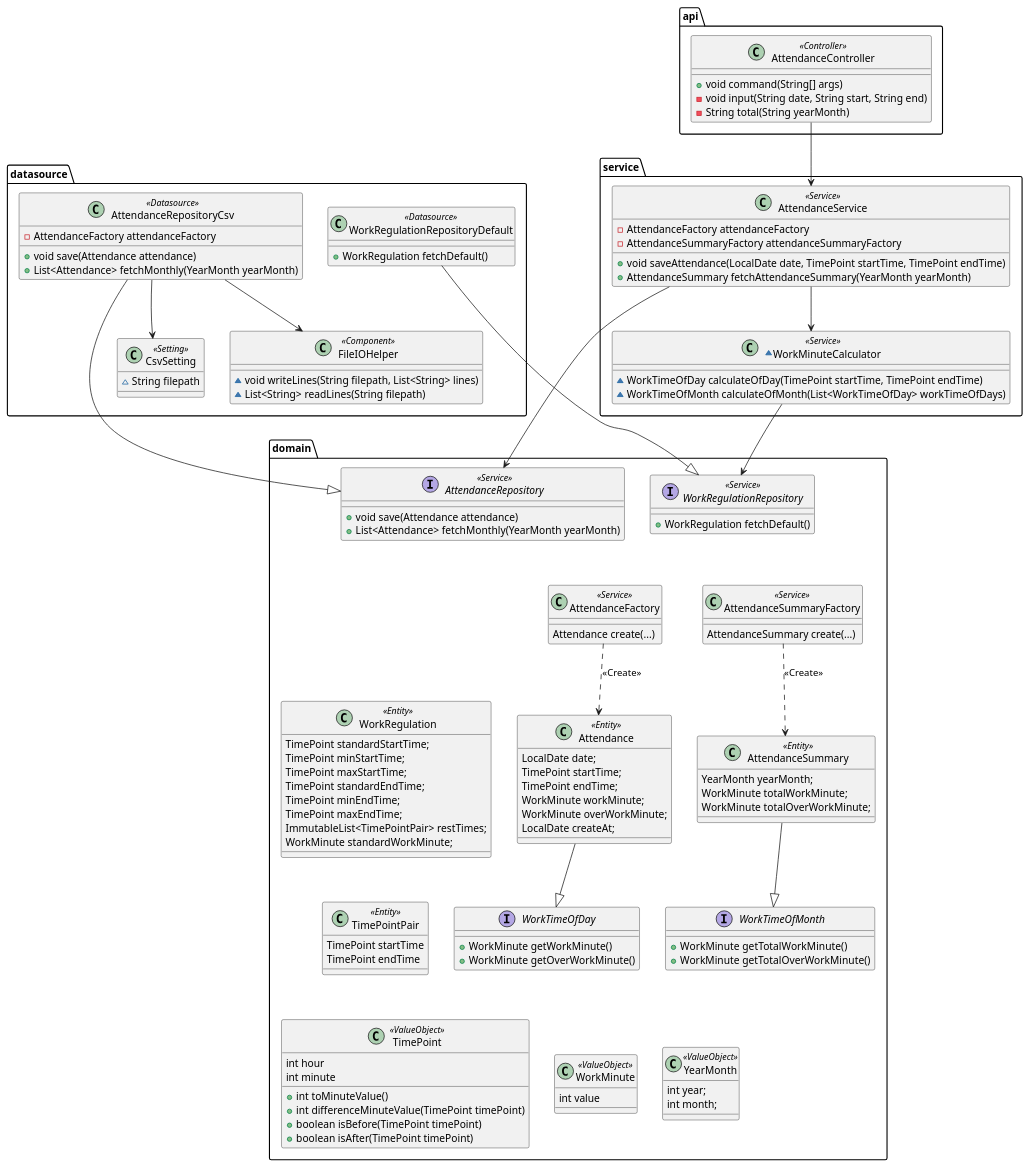
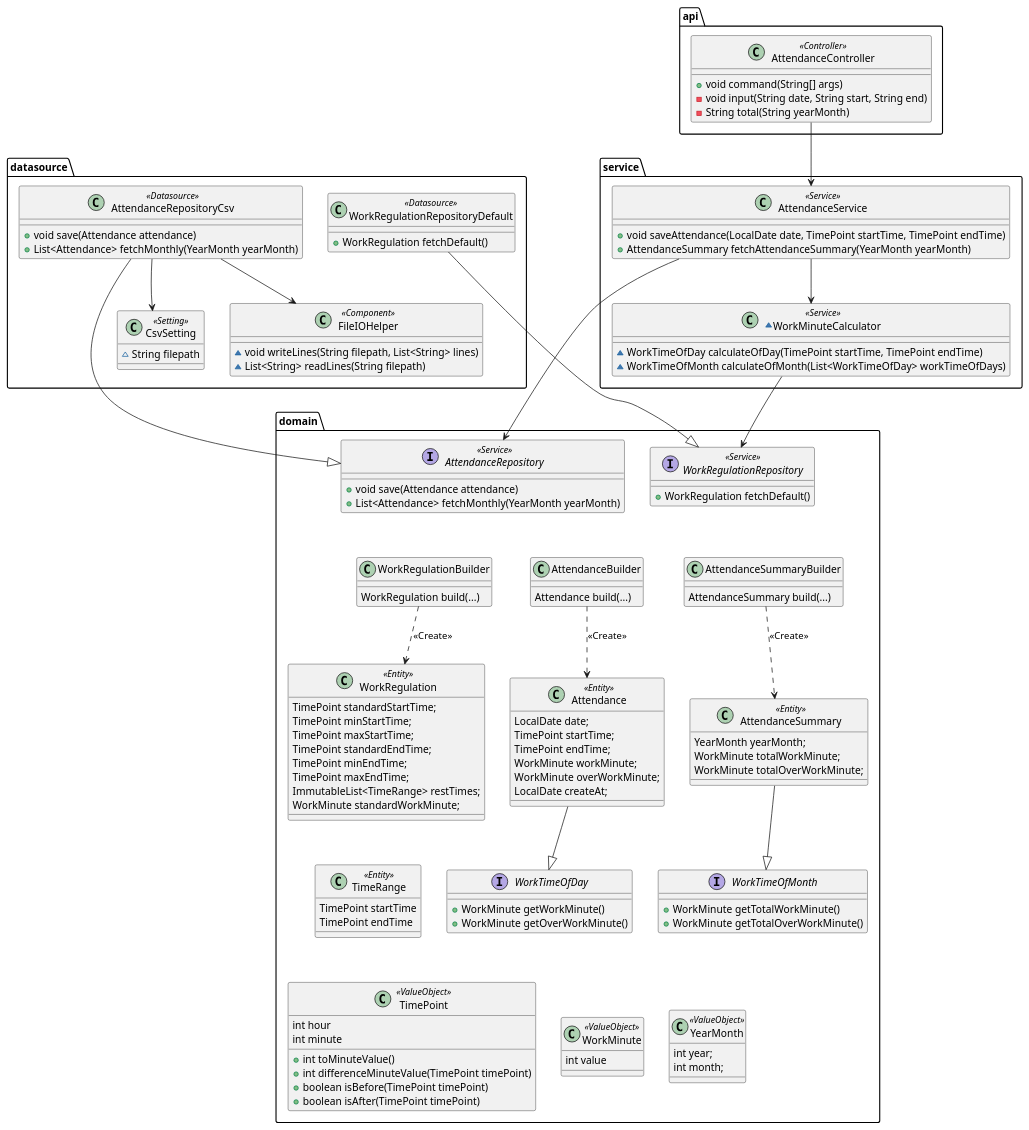
Before and after one commit to biglobe-isp/kintai: the diagram in etc/document/design/src/model.puml, drawn with PlantUML. The commit also changed 9 other files, not shown here.

Commit message:
Replace factory to builder (lombok)

```diff
--- a/etc/document/design/src/model.puml
+++ b/etc/document/design/src/model.puml
@@ -1,174 +1,176 @@
 @startuml
 
 package api {
 
     class  AttendanceController <<Controller>> {
         + void command(String[] args)
         - void input(String date, String start, String end)
         - String total(String yearMonth)
     }
 }
 
 package service {
 
     class  AttendanceService <<Service>> {
-        - AttendanceFactory attendanceFactory
-        - AttendanceSummaryFactory attendanceSummaryFactory
         + void saveAttendance(LocalDate date, TimePoint startTime, TimePoint endTime)
         + AttendanceSummary fetchAttendanceSummary(YearMonth yearMonth)
     }
 
     ~class WorkMinuteCalculator <<Service>> {
         ~ WorkTimeOfDay calculateOfDay(TimePoint startTime, TimePoint endTime)
         ~ WorkTimeOfMonth calculateOfMonth(List<WorkTimeOfDay> workTimeOfDays)
     }
 }
 
 package datasource {
 
     class  AttendanceRepositoryCsv <<Datasource>> {
-        - AttendanceFactory attendanceFactory
         + void save(Attendance attendance)
         + List<Attendance> fetchMonthly(YearMonth yearMonth)
     }
 
     class CsvSetting <<Setting>> {
         ~ String filepath
     }
 
     class FileIOHelper <<Component>> {
         ~ void writeLines(String filepath, List<String> lines)
         ~ List<String> readLines(String filepath)
     }
 
     class WorkRegulationRepositoryDefault <<Datasource>> {
         + WorkRegulation fetchDefault()
     }
 }
 
 package domain {
 
     class Attendance <<Entity>> {
         LocalDate date;
         TimePoint startTime;
         TimePoint endTime;
         WorkMinute workMinute;
         WorkMinute overWorkMinute;
         LocalDate createAt;
     }
 
     interface AttendanceRepository <<Service>> {
         + void save(Attendance attendance)
         + List<Attendance> fetchMonthly(YearMonth yearMonth)
     }
 
     class AttendanceSummary <<Entity>> {
         YearMonth yearMonth;
         WorkMinute totalWorkMinute;
         WorkMinute totalOverWorkMinute;
     }
 
-    class AttendanceFactory <<Service>> {
-        Attendance create(...)
-    }
-
-    class AttendanceSummaryFactory <<Service>> {
-        AttendanceSummary create(...)
-    }
-
     class TimePoint <<ValueObject>> {
         int hour
         int minute
         + int toMinuteValue()
         + int differenceMinuteValue(TimePoint timePoint)
         + boolean isBefore(TimePoint timePoint)
         + boolean isAfter(TimePoint timePoint)
     }
 
-    class TimePointPair <<Entity>> {
+    class TimeRange <<Entity>> {
         TimePoint startTime
         TimePoint endTime
     }
 
     class WorkMinute <<ValueObject>> {
         int value
     }
 
     class WorkRegulation <<Entity>> {
         TimePoint standardStartTime;
         TimePoint minStartTime;
         TimePoint maxStartTime;
         TimePoint standardEndTime;
         TimePoint minEndTime;
         TimePoint maxEndTime;
-        ImmutableList<TimePointPair> restTimes;
+        ImmutableList<TimeRange> restTimes;
         WorkMinute standardWorkMinute;
     }
 
     interface WorkRegulationRepository <<Service>> {
         + WorkRegulation fetchDefault()
     }
 
     interface WorkTimeOfDay {
         + WorkMinute getWorkMinute()
         + WorkMinute getOverWorkMinute()
     }
 
     interface WorkTimeOfMonth {
         + WorkMinute getTotalWorkMinute()
         + WorkMinute getTotalOverWorkMinute()
     }
 
     class YearMonth <<ValueObject>> {
         int year;
         int month;
     }
+
+    ' Auto Generated
+
+    class AttendanceBuilder {
+        Attendance build(...)
+    }
+
+    class AttendanceSummaryBuilder {
+        AttendanceSummary build(...)
+    }
+
+    class WorkRegulationBuilder {
+        WorkRegulation build(...)
+    }
 }
 
 
 ''' api
 AttendanceController --> AttendanceService
 
 
 ''' service
 AttendanceService --> AttendanceRepository
-' AttendanceService --> AttendanceFactory
-' AttendanceService --> AttendanceSummaryFactory
 AttendanceService --> WorkMinuteCalculator
 WorkMinuteCalculator --> WorkRegulationRepository
-AttendanceFactory ..> Attendance : <<Create>>
-AttendanceSummaryFactory ..> AttendanceSummary : <<Create>>
-AttendanceFactory -[hidden]- WorkMinuteCalculator
+AttendanceBuilder -[hidden]- WorkMinuteCalculator
 
 
 ''' datasource
 AttendanceRepositoryCsv --|> AttendanceRepository
-' AttendanceRepositoryCsv --> AttendanceFactory
 AttendanceRepositoryCsv --> CsvSetting
 AttendanceRepositoryCsv --> FileIOHelper
 WorkRegulationRepositoryDefault --|> WorkRegulationRepository
 
 
 ''' domain
 Attendance --|> WorkTimeOfDay
 AttendanceSummary --|> WorkTimeOfMonth
+AttendanceBuilder ..> Attendance : <<Create>>
+AttendanceSummaryBuilder ..> AttendanceSummary : <<Create>>
+WorkRegulationBuilder ..> WorkRegulation : <<Create>>
 
 
 ''' placement order
 WorkRegulationRepositoryDefault -[hidden] AttendanceRepositoryCsv
 AttendanceRepositoryCsv -[hidden]- CsvSetting
 CsvSetting -[hidden]- WorkRegulationRepository
 WorkMinuteCalculator -[hidden]- WorkRegulationRepository
 WorkRegulationRepository -[hidden] AttendanceRepository
-AttendanceRepository -[hidden]- AttendanceFactory
-AttendanceFactory -[hidden] AttendanceSummaryFactory
+AttendanceRepository -[hidden]- AttendanceBuilder
+WorkRegulationBuilder -[hidden] AttendanceBuilder
+AttendanceBuilder -[hidden] AttendanceSummaryBuilder
 
 WorkRegulation -[hidden] Attendance
 Attendance -[hidden] AttendanceSummary
 WorkTimeOfDay -[hidden] WorkTimeOfMonth
-WorkRegulation -[hidden]- TimePointPair
-TimePointPair -[hidden]- TimePoint
+WorkRegulation -[hidden]- TimeRange
+TimeRange -[hidden]- TimePoint
 TimePoint -[hidden] WorkMinute
 WorkMinute -[hidden] YearMonth
 
 @enduml
```
